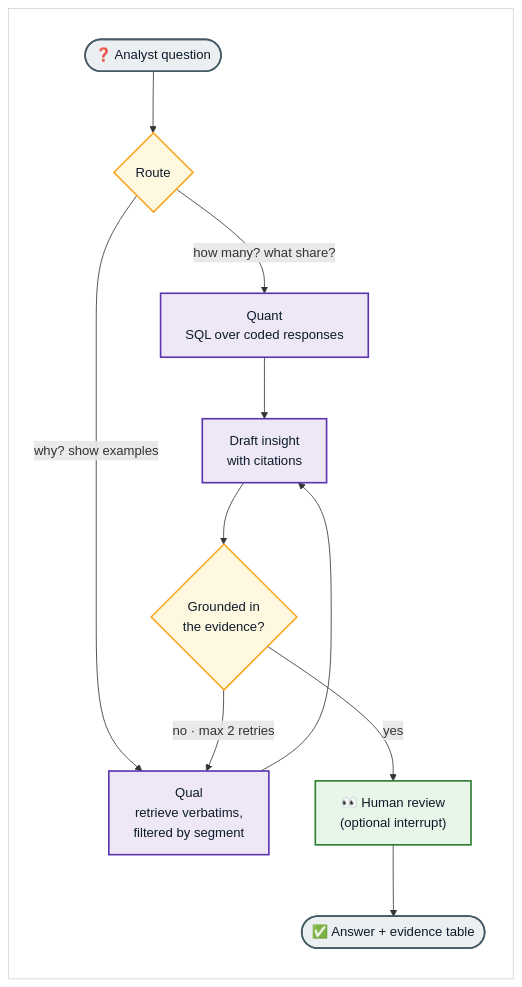
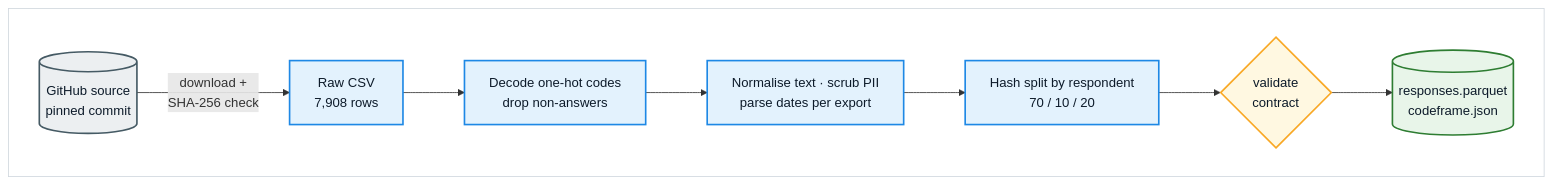
The second of 7 diagrams in README.md (ryan-backer-ds/agentic-verbatim-coding), drawn with Mermaid before and after one commit. The commit also changed other lines of this file, not shown here.

````diff
--- a/README.md
+++ b/README.md
@@ -174,26 +194,23 @@
 ```mermaid
 %%{init: {'theme': 'default'}}%%
-flowchart TD
+flowchart LR
     subgraph FRAME[" "]
-        direction TD
-        Q(["❓ Analyst question"]) --> ROUTE{"Route"}
-        ROUTE -- "how many? what share?" --> QUANT["Quant<br/>SQL over coded responses"]
-        ROUTE -- "why? show examples" --> QUAL["Qual<br/>retrieve verbatims,<br/>filtered by segment"]
-        QUANT --> DRAFT["Draft insight<br/>with citations"]
-        QUAL --> DRAFT
-        DRAFT --> CHECK{"Grounded in<br/>the evidence?"}
-        CHECK -- "no · max 2 retries" --> QUAL
-        CHECK -- "yes" --> REVIEW["👀 Human review<br/>(optional interrupt)"]
-        REVIEW --> A(["✅ Answer + evidence table"])
+        direction LR
+        A[("GitHub source<br/>pinned commit")] -- "download +<br/>SHA-256 check" --> B["Raw CSV<br/>7,908 rows"]
+        B --> C["Decode one-hot codes<br/>drop non-answers"]
+        C --> D["Normalise text · scrub PII<br/>parse dates per export"]
+        D --> E["Hash split by respondent<br/>70 / 10 / 20"]
+        E --> V{"validate<br/>contract"}
+        V --> H[("responses.parquet<br/>codeframe.json")]
     end
 
-    classDef io fill:#ECEFF1,stroke:#455A64,stroke-width:2px,color:#0D1B2A
-    classDef decide fill:#FFF8E1,stroke:#F9A825,stroke-width:2px,color:#0D1B2A
-    classDef step fill:#EDE7F6,stroke:#5E35B1,stroke-width:2px,color:#0D1B2A
-    classDef human fill:#E8F5E9,stroke:#2E7D32,stroke-width:2px,color:#0D1B2A
-    class Q,A io
-    class ROUTE,CHECK decide
-    class QUANT,QUAL,DRAFT step
-    class REVIEW human
+    classDef src fill:#ECEFF1,stroke:#455A64,stroke-width:2px,color:#0D1B2A
+    classDef step fill:#E3F2FD,stroke:#1E88E5,stroke-width:2px,color:#0D1B2A
+    classDef check fill:#FFF8E1,stroke:#F9A825,stroke-width:2px,color:#0D1B2A
+    classDef out fill:#E8F5E9,stroke:#2E7D32,stroke-width:2px,color:#0D1B2A
+    class A src
+    class B,C,D,E step
+    class V check
+    class H out
     style FRAME fill:#FFFFFF,stroke:#D0D7DE,stroke-width:1px,color:#FFFFFF
 ```
````
